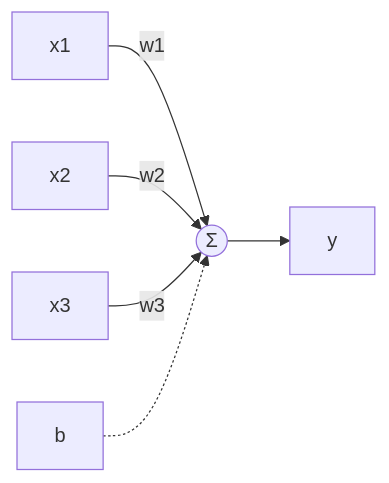
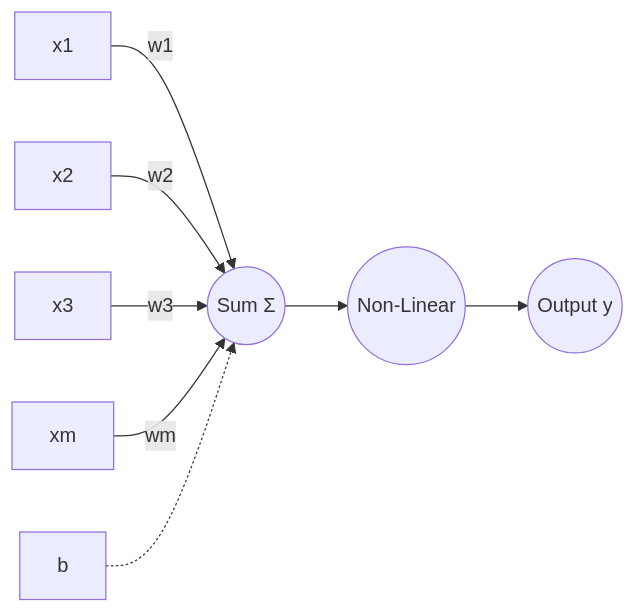
One commit to Tolia-GH/ITMO-AI changed the second of 5 diagrams in 1NaturalLanguageProcessing/Lectures/lecture03/lecture03.md. Above: the diagram before and after it, drawn with Mermaid. The commit also changed other lines of this file and 9 other files, not shown here.

````diff
--- a/1NaturalLanguageProcessing/Lectures/lecture03/lecture03.md
+++ b/1NaturalLanguageProcessing/Lectures/lecture03/lecture03.md
@@ -341,8 +376,10 @@
 ```mermaid
 graph LR
   x1["x1"] -->|"w1"| Sum
   x2["x2"] -->|"w2"| Sum
   x3["x3"] -->|"w3"| Sum
-  Sum(("Σ")) --> Output["y"]
+  xm["xm"] -->|"wm"| Sum
+  Sum(("Sum Σ")) --> Node(("Non-Linear")) 
+  Node(("Non-Linear")) --> Output(("Output y"))
   b["b"] -.-> Sum
 ```
````
